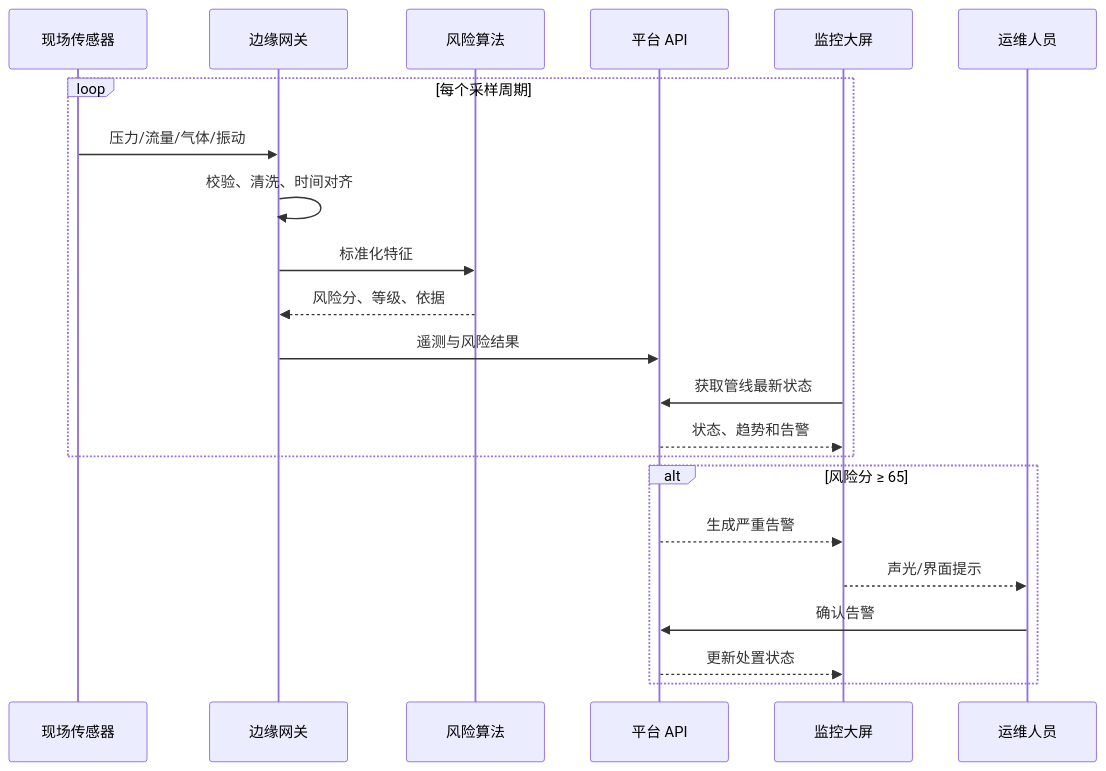
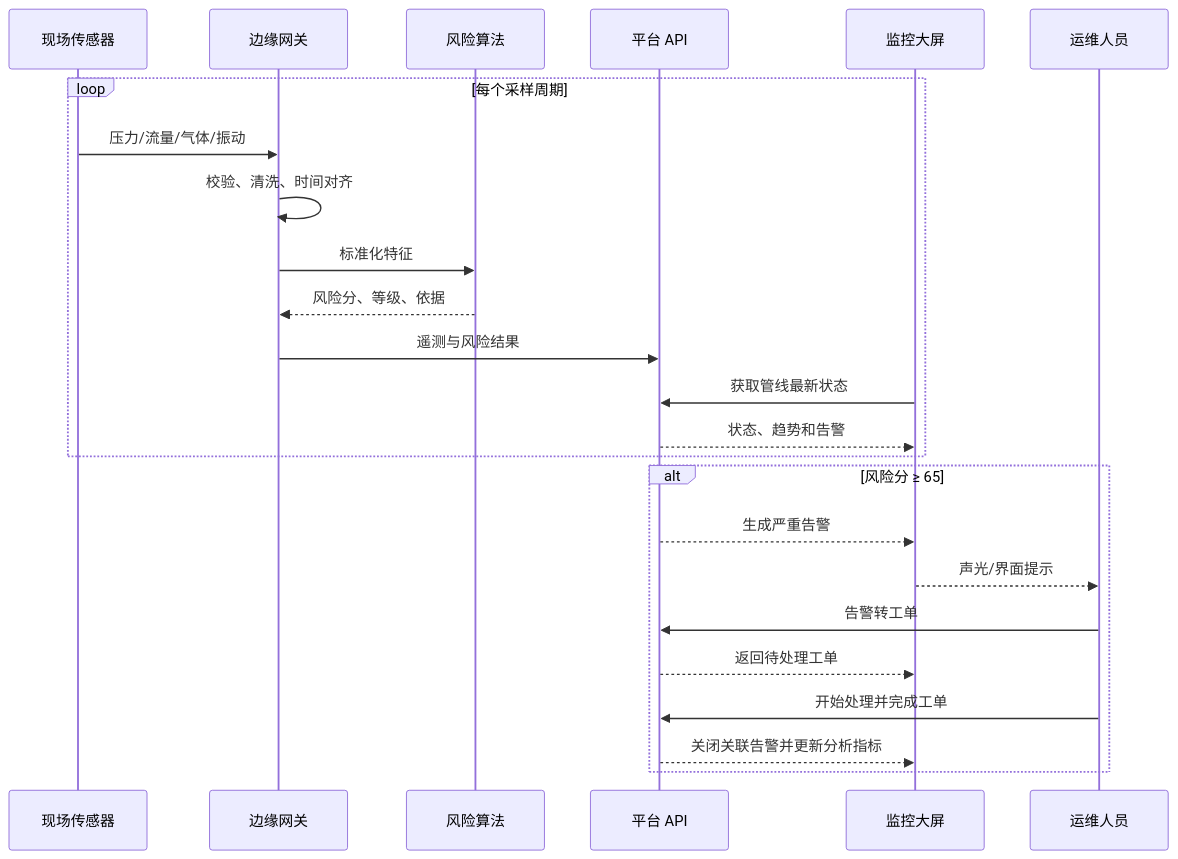
Before and after one commit to lihanyu050826/PipeGuard: the diagram in docs/architecture.md, drawn with Mermaid. The commit also changed other lines of this file and 13 other files, not shown here.

````diff
--- a/docs/architecture.md
+++ b/docs/architecture.md
@@ -43,25 +43,27 @@
 ```mermaid
 sequenceDiagram
     participant S as 现场传感器
     participant E as 边缘网关
     participant A as 风险算法
     participant P as 平台 API
     participant W as 监控大屏
     participant O as 运维人员
 
     loop 每个采样周期
         S->>E: 压力/流量/气体/振动
         E->>E: 校验、清洗、时间对齐
         E->>A: 标准化特征
         A-->>E: 风险分、等级、依据
         E->>P: 遥测与风险结果
         W->>P: 获取管线最新状态
         P-->>W: 状态、趋势和告警
     end
     alt 风险分 ≥ 65
         P-->>W: 生成严重告警
         W-->>O: 声光/界面提示
-        O->>P: 确认告警
-        P-->>W: 更新处置状态
+        O->>P: 告警转工单
+        P-->>W: 返回待处理工单
+        O->>P: 开始处理并完成工单
+        P-->>W: 关闭关联告警并更新分析指标
     end
 ```
````
